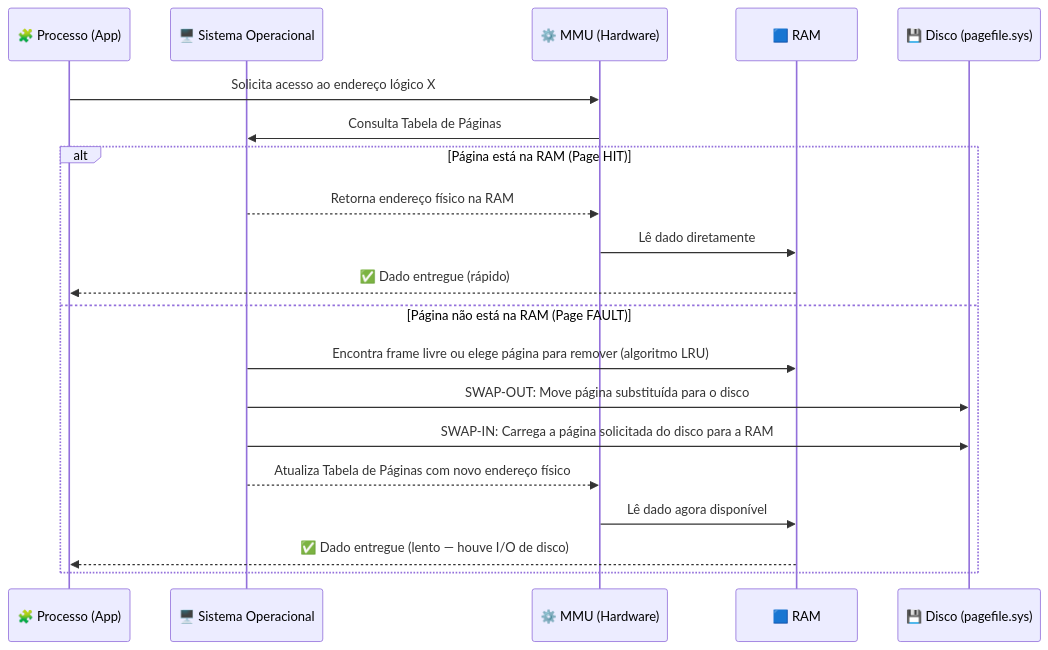
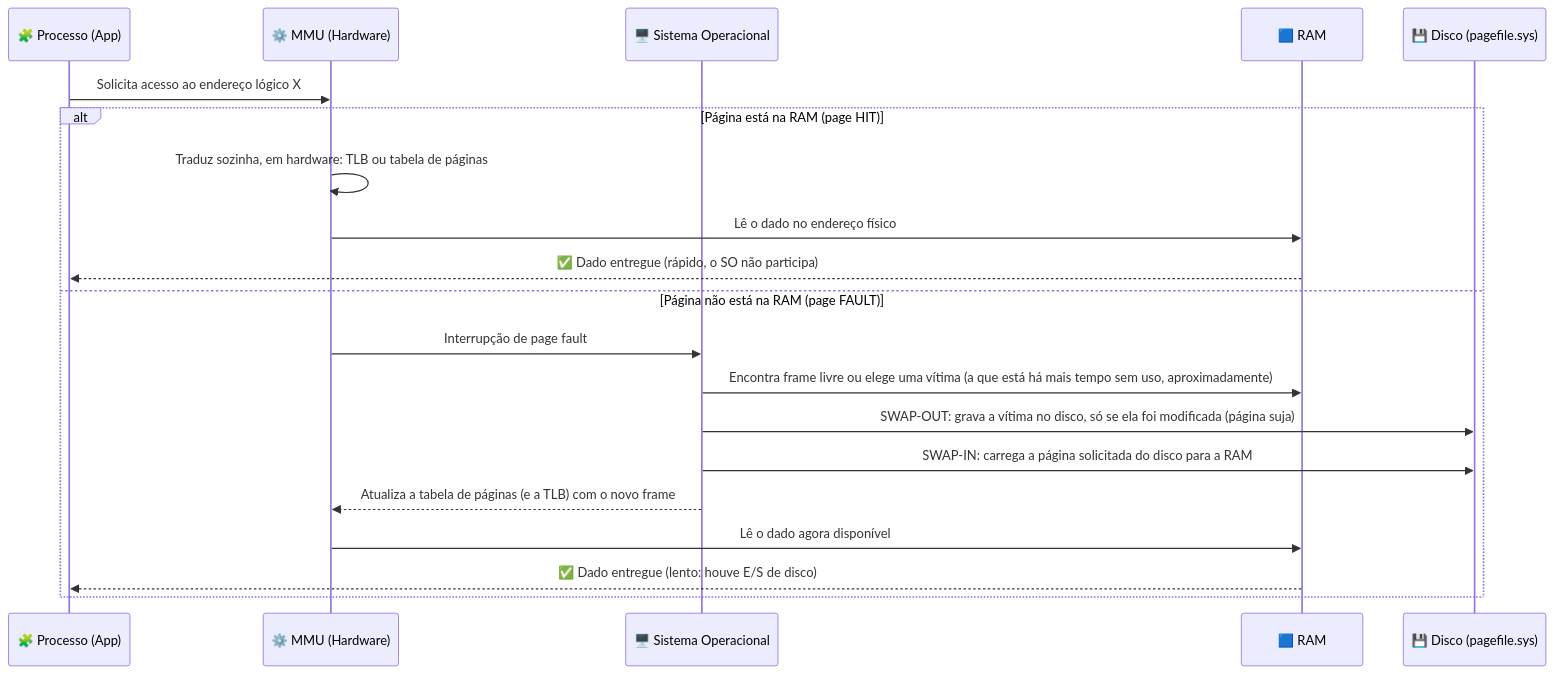
One commit to rofilho/arquitetura changed the second of 2 diagrams in content/Aula 06 - Hierarquia de Memoria e Memoria Virtual.md. Above: the diagram before and after it, drawn with Mermaid. The commit also changed other lines of this file and 4 other files, not shown here.

````diff
--- a/content/Aula 06 - Hierarquia de Memoria e Memoria Virtual.md
+++ b/content/Aula 06 - Hierarquia de Memoria e Memoria Virtual.md
@@ -161,23 +412,23 @@
 ```mermaid
 sequenceDiagram
     participant Processo as 🧩 Processo (App)
+    participant MMU as ⚙️ MMU (Hardware)
     participant SO as 🖥️ Sistema Operacional
-    participant MMU as ⚙️ MMU (Hardware)
     participant RAM as 🟦 RAM
     participant Disco as 💾 Disco (pagefile.sys)
 
     Processo->>MMU: Solicita acesso ao endereço lógico X
-    MMU->>SO: Consulta Tabela de Páginas
-    alt Página está na RAM (Page HIT)
-        SO-->>MMU: Retorna endereço físico na RAM
-        MMU->>RAM: Lê dado diretamente
-        RAM-->>Processo: ✅ Dado entregue (rápido)
-    else Página não está na RAM (Page FAULT)
-        SO->>RAM: Encontra frame livre ou elege página para remover (algoritmo LRU)
-        SO->>Disco: SWAP-OUT: Move página substituída para o disco
-        SO->>Disco: SWAP-IN: Carrega a página solicitada do disco para a RAM
-        SO-->>MMU: Atualiza Tabela de Páginas com novo endereço físico
-        MMU->>RAM: Lê dado agora disponível
-        RAM-->>Processo: ✅ Dado entregue (lento — houve I/O de disco)
+    alt Página está na RAM (page HIT)
+        MMU->>MMU: Traduz sozinha, em hardware: TLB ou tabela de páginas
+        MMU->>RAM: Lê o dado no endereço físico
+        RAM-->>Processo: ✅ Dado entregue (rápido, o SO não participa)
+    else Página não está na RAM (page FAULT)
+        MMU->>SO: Interrupção de page fault
+        SO->>RAM: Encontra frame livre ou elege uma vítima (a que está há mais tempo sem uso, aproximadamente)
+        SO->>Disco: SWAP-OUT: grava a vítima no disco, só se ela foi modificada (página suja)
+        SO->>Disco: SWAP-IN: carrega a página solicitada do disco para a RAM
+        SO-->>MMU: Atualiza a tabela de páginas (e a TLB) com o novo frame
+        MMU->>RAM: Lê o dado agora disponível
+        RAM-->>Processo: ✅ Dado entregue (lento: houve E/S de disco)
     end
 ```
````
